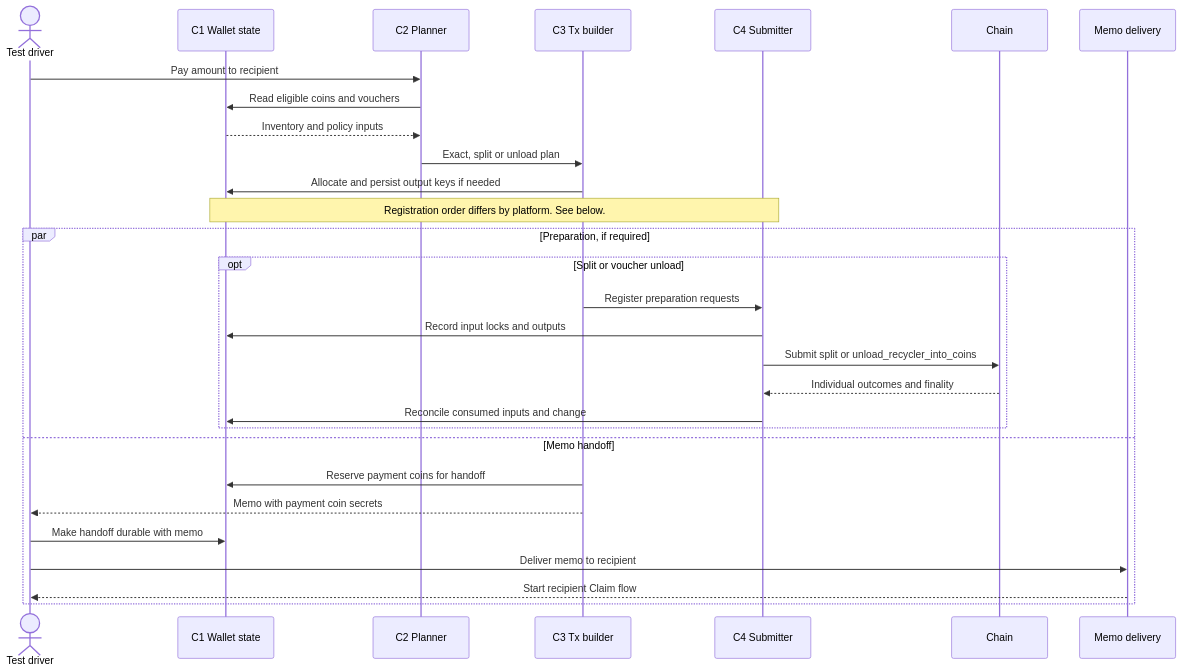
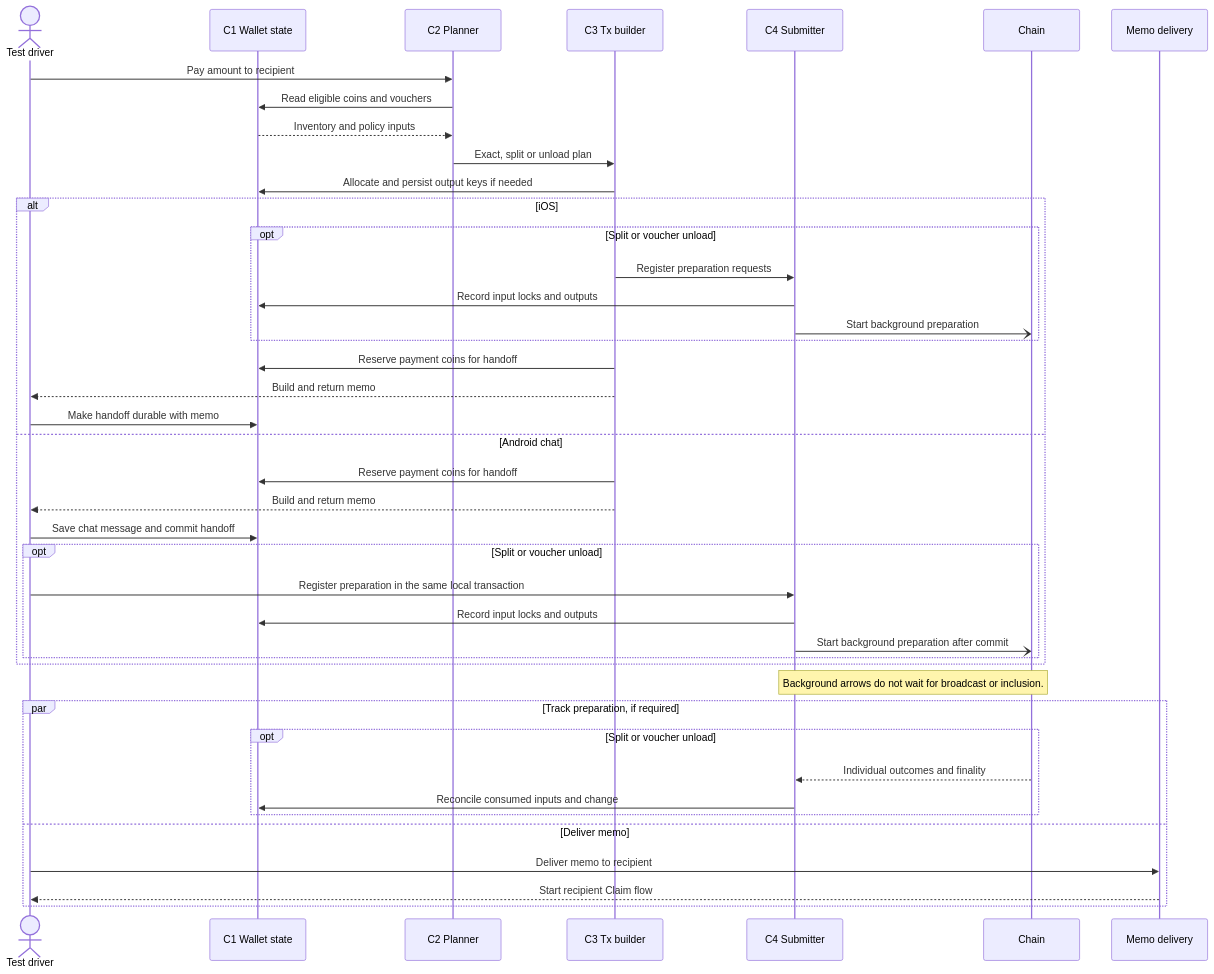
The second of 5 diagrams in designs/individuality/non-fun-tests/load-paths.md (paritytech/technical-design), drawn with Mermaid before and after one commit. The commit also changed other lines of this file and 3 other files, not shown here.

````diff
--- a/designs/individuality/non-fun-tests/load-paths.md
+++ b/designs/individuality/non-fun-tests/load-paths.md
@@ -78,31 +88,44 @@
 ```mermaid
 sequenceDiagram
     actor D as Test driver
     participant W as C1 Wallet state
     participant P as C2 Planner
     participant B as C3 Tx builder
     participant S as C4 Submitter
     participant C as Chain
     participant M as Memo delivery
     D->>P: Pay amount to recipient
     P->>W: Read eligible coins and vouchers
     W-->>P: Inventory and policy inputs
     P->>B: Exact, split or unload plan
     B->>W: Allocate and persist output keys if needed
-    Note over W,S: Registration order differs by platform. See below.
-    par Preparation, if required
+    alt iOS
         opt Split or voucher unload
             B->>S: Register preparation requests
             S->>W: Record input locks and outputs
-            S->>C: Submit split or unload_recycler_into_coins
+            S-)C: Start background preparation
+        end
+        B->>W: Reserve payment coins for handoff
+        B-->>D: Build and return memo
+        D->>W: Make handoff durable with memo
+    else Android chat
+        B->>W: Reserve payment coins for handoff
+        B-->>D: Build and return memo
+        D->>W: Save chat message and commit handoff
+        opt Split or voucher unload
+            D->>S: Register preparation in the same local transaction
+            S->>W: Record input locks and outputs
+            S-)C: Start background preparation after commit
+        end
+    end
+    Note over S,C: Background arrows do not wait for broadcast or inclusion.
+    par Track preparation, if required
+        opt Split or voucher unload
             C-->>S: Individual outcomes and finality
             S->>W: Reconcile consumed inputs and change
         end
-    and Memo handoff
-        B->>W: Reserve payment coins for handoff
-        B-->>D: Memo with payment coin secrets
-        D->>W: Make handoff durable with memo
+    and Deliver memo
         D->>M: Deliver memo to recipient
         M-->>D: Start recipient Claim flow
     end
 ```
````
